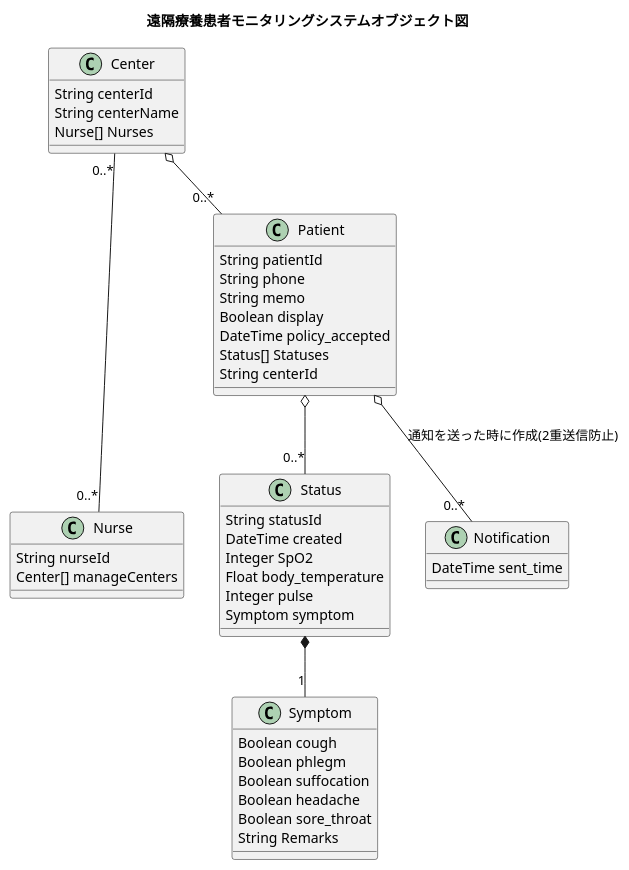
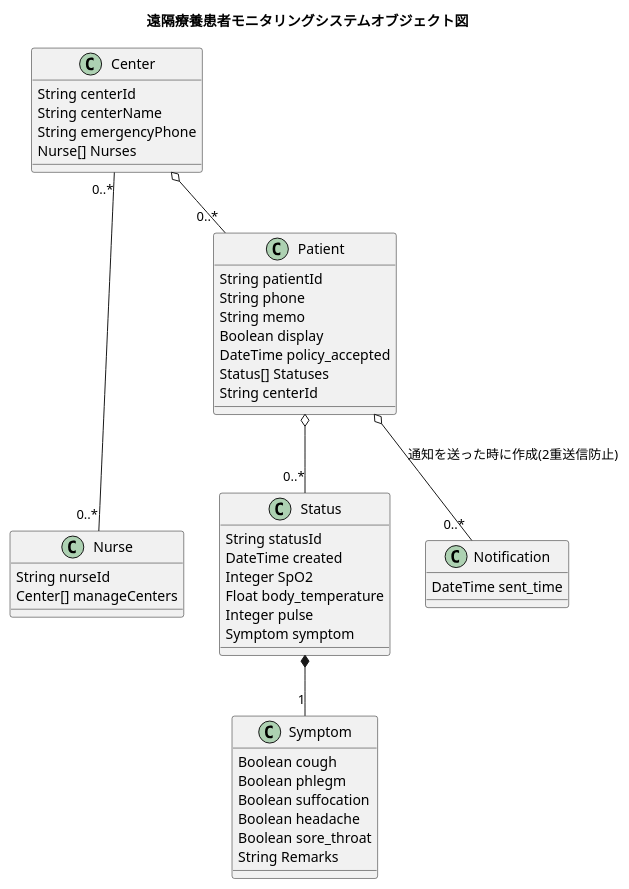
The diagram in docs/uml/classes.pu (codeforjapan/remote-patient-monitoring-api), drawn with PlantUML before and after one commit.

Commit message:
update class diagram

```diff
--- a/docs/uml/classes.pu
+++ b/docs/uml/classes.pu
@@ -1,53 +1,54 @@
 @startuml RemotePatientMonitoring
 title 遠隔療養患者モニタリングシステムオブジェクト図
 skinparam backgroundColor white
 
 Center "0..*" --- "0..*" Nurse
 Center o-- "0..*" Patient
 Patient o-- "0..*" Status
 Status *-- "1" Symptom
 Patient o-- "0..*" Notification :通知を送った時に作成(2重送信防止)
 
 class Center {
     String centerId
     String centerName
+    String emergencyPhone
     Nurse[] Nurses
 }
 
 class Nurse {
     String nurseId
     Center[] manageCenters
 }
 
 class Patient {
     String patientId
     String phone
     String memo
     Boolean display
     DateTime policy_accepted
     Status[] Statuses
     String centerId
 }
 
 class Status {
     String statusId
     DateTime created
     Integer SpO2
     Float body_temperature
     Integer pulse
     Symptom symptom
 }
 
 class Symptom {
     Boolean cough
     Boolean phlegm
     Boolean suffocation
     Boolean headache
     Boolean sore_throat
     String Remarks
 }
 
 class Notification {
     DateTime sent_time
 }
 @enduml
```
